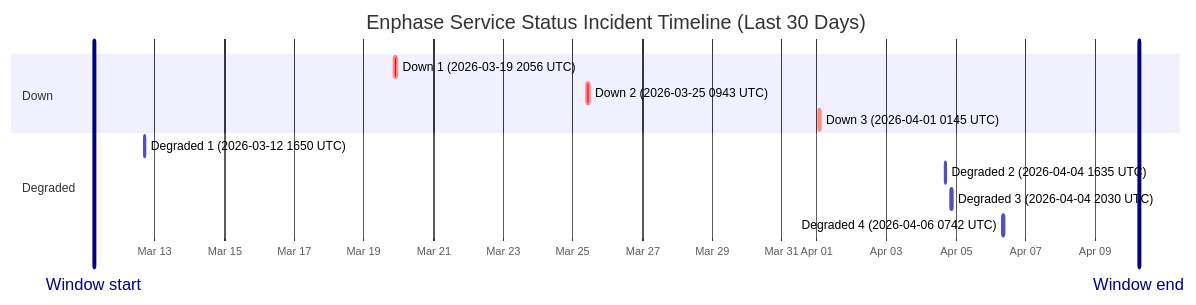
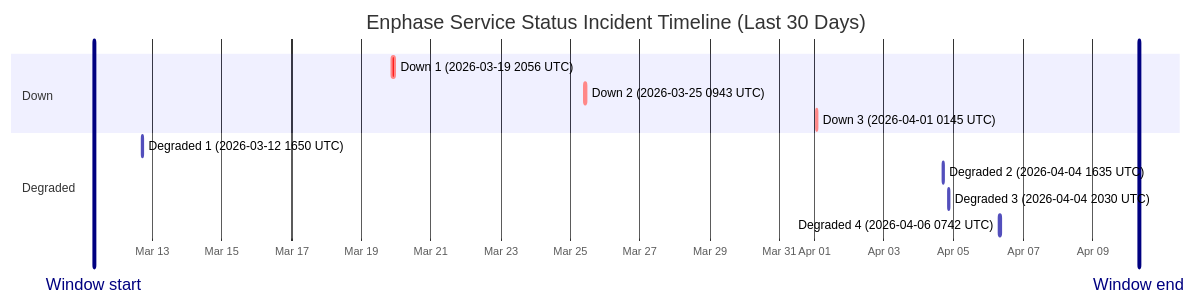
The diagram in wiki/Service-Status-History.md (barneyonline/ha-enphase-ev-charger), drawn with Mermaid before and after one commit. The commit also changed other lines of this file and 3 other files, not shown here.

````diff
--- a/wiki/Service-Status-History.md
+++ b/wiki/Service-Status-History.md
@@ -14,17 +14,17 @@
 ```mermaid
 gantt
     title Enphase Service Status Incident Timeline (Last 30 Days)
     dateFormat  YYYY-MM-DDTHH:mm:ss
     axisFormat  %b %d
-    Window start :vert, window-start, 2026-03-11T05:57:18, 0ms
-    Window end :vert, window-end, 2026-04-10T05:57:18, 0ms
+    Window start :vert, window-start, 2026-03-11T07:49:59, 0ms
+    Window end :vert, window-end, 2026-04-10T07:49:59, 0ms
     section Down
     Down 1 (2026-03-19 2056 UTC) :crit, down-1, 2026-03-19T20:56:20, 145m
     Down 2 (2026-03-25 0943 UTC) :crit, down-2, 2026-03-25T09:43:28, 111m
     Down 3 (2026-04-01 0145 UTC) :crit, down-3, 2026-04-01T01:45:09, 60m
     section Degraded
     Degraded 1 (2026-03-12 1650 UTC) :active, degraded-1, 2026-03-12T16:50:43, 60m
     Degraded 2 (2026-04-04 1635 UTC) :active, degraded-2, 2026-04-04T16:35:17, 60m
     Degraded 3 (2026-04-04 2030 UTC) :active, degraded-3, 2026-04-04T20:30:40, 60m
     Degraded 4 (2026-04-06 0742 UTC) :active, degraded-4, 2026-04-06T07:42:09, 85m
 ```
````
